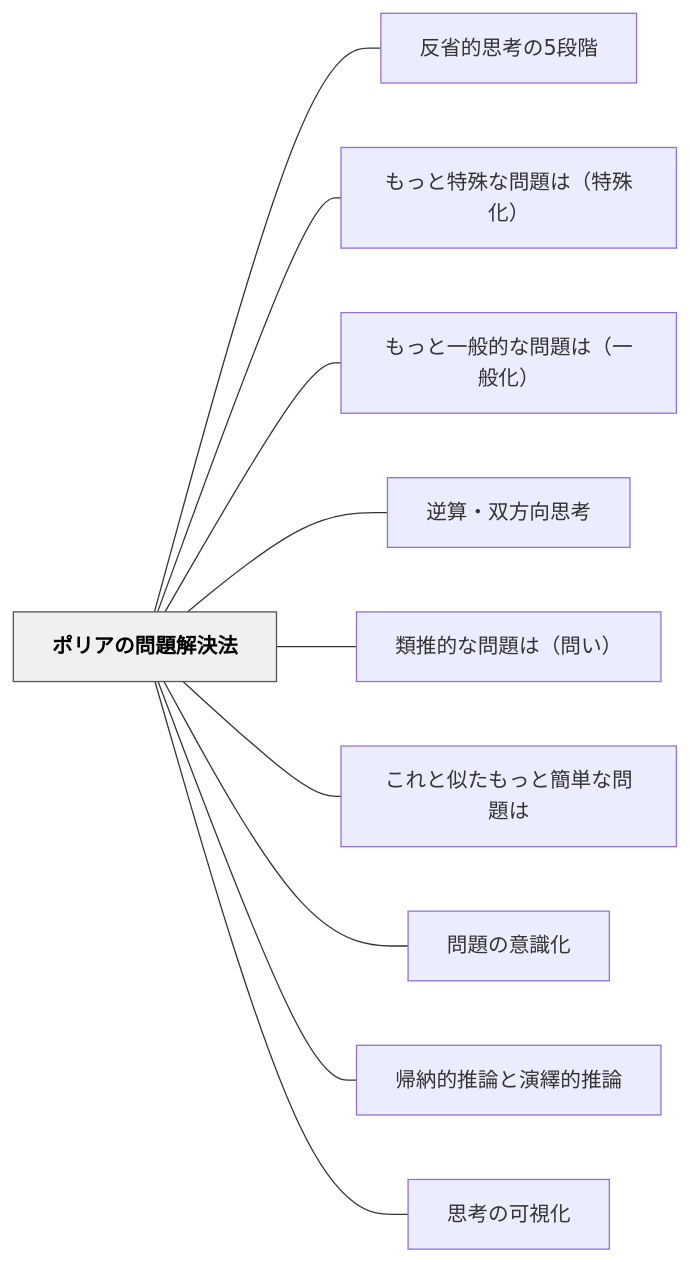
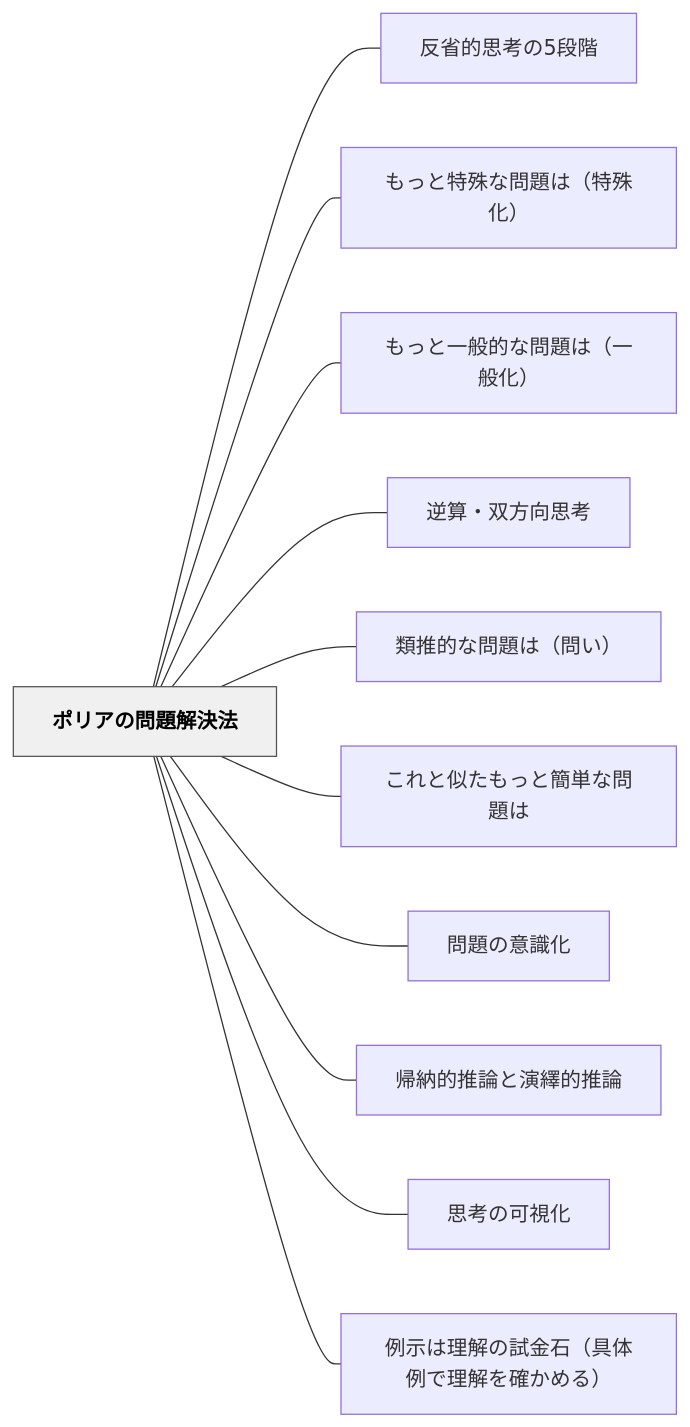
Before and after one commit to unknownthings-ed-patterns/unknownthings-ed-patterns: the diagram in content/パタン/ポリアの問題解決法.md, drawn with Mermaid. The commit also changed other lines of this file and 2 other files, not shown here.

Commit message:
auto: Obsidianから同期 2026-06-11 04:58

````diff
--- a/content/パタン/ポリアの問題解決法.md
+++ b/content/パタン/ポリアの問題解決法.md
@@ -237,26 +238,28 @@
 ```mermaid
 flowchart LR
     ne3839de383aae382a2e381aee5958fe9a18ce8a7a3e6b1bae6b395["ポリアの問題解決法"]
     ne58f8de79c81e79a84e6809de88083e381ae35e6aeb5e99a8e["反省的思考の5段階"]
     ne38282e381a3e381a8e789b9e6ae8ae381aae5958fe9a18ce381afefbc88e789b9e6ae8ae58c96efbc89["もっと特殊な問題は（特殊化）"]
     ne38282e381a3e381a8e4b880e888ace79a84e381aae5958fe9a18ce381afefbc88e4b880e888ace58c96efbc89["もっと一般的な問題は（一般化）"]
     ne98086e7ae97e383bbe58f8ce696b9e59091e6809de88083["逆算・双方向思考"]
     ne9a19ee68ea8e79a84e381aae5958fe9a18ce381afefbc88e5958fe38184efbc89["類推的な問題は（問い）"]
     ne38193e3828ce381a8e4bcbce3819fe38282e381a3e381a8e7b0a1e58d98e381aae5958fe9a18ce381af["これと似たもっと簡単な問題は"]
     ne5958fe9a18ce381aee6848fe8ad98e58c96["問題の意識化"]
     ne5b8b0e7b48de79a84e68ea8e8ab96e381a8e6bc94e7b9b9e79a84e68ea8e8ab96["帰納的推論と演繹的推論"]
     ne6809de88083e381aee58fafe8a696e58c96["思考の可視化"]
+    ne4be8be7a4bae381afe79086e8a7a3e381aee8a9a6e98791e79fb3efbc88e585b7e4bd93e4be8be381a7e79086e8a7a3e38292e7a2bae3818be38281e3828befbc89["例示は理解の試金石（具体例で理解を確かめる）"]
 
     ne3839de383aae382a2e381aee5958fe9a18ce8a7a3e6b1bae6b395 --- ne58f8de79c81e79a84e6809de88083e381ae35e6aeb5e99a8e
     ne3839de383aae382a2e381aee5958fe9a18ce8a7a3e6b1bae6b395 --- ne38282e381a3e381a8e789b9e6ae8ae381aae5958fe9a18ce381afefbc88e789b9e6ae8ae58c96efbc89
     ne3839de383aae382a2e381aee5958fe9a18ce8a7a3e6b1bae6b395 --- ne38282e381a3e381a8e4b880e888ace79a84e381aae5958fe9a18ce381afefbc88e4b880e888ace58c96efbc89
     ne3839de383aae382a2e381aee5958fe9a18ce8a7a3e6b1bae6b395 --- ne98086e7ae97e383bbe58f8ce696b9e59091e6809de88083
     ne3839de383aae382a2e381aee5958fe9a18ce8a7a3e6b1bae6b395 --- ne9a19ee68ea8e79a84e381aae5958fe9a18ce381afefbc88e5958fe38184efbc89
     ne3839de383aae382a2e381aee5958fe9a18ce8a7a3e6b1bae6b395 --- ne38193e3828ce381a8e4bcbce3819fe38282e381a3e381a8e7b0a1e58d98e381aae5958fe9a18ce381af
     ne3839de383aae382a2e381aee5958fe9a18ce8a7a3e6b1bae6b395 --- ne5958fe9a18ce381aee6848fe8ad98e58c96
     ne3839de383aae382a2e381aee5958fe9a18ce8a7a3e6b1bae6b395 --- ne5b8b0e7b48de79a84e68ea8e8ab96e381a8e6bc94e7b9b9e79a84e68ea8e8ab96
     ne3839de383aae382a2e381aee5958fe9a18ce8a7a3e6b1bae6b395 --- ne6809de88083e381aee58fafe8a696e58c96
+    ne3839de383aae382a2e381aee5958fe9a18ce8a7a3e6b1bae6b395 --- ne4be8be7a4bae381afe79086e8a7a3e381aee8a9a6e98791e79fb3efbc88e585b7e4bd93e4be8be381a7e79086e8a7a3e38292e7a2bae3818be38281e3828befbc89
 
     classDef hub fill:#f0f0f0,stroke:#555,color:#000,font-weight:bold
     class ne3839de383aae382a2e381aee5958fe9a18ce8a7a3e6b1bae6b395 hub
 ```
````
